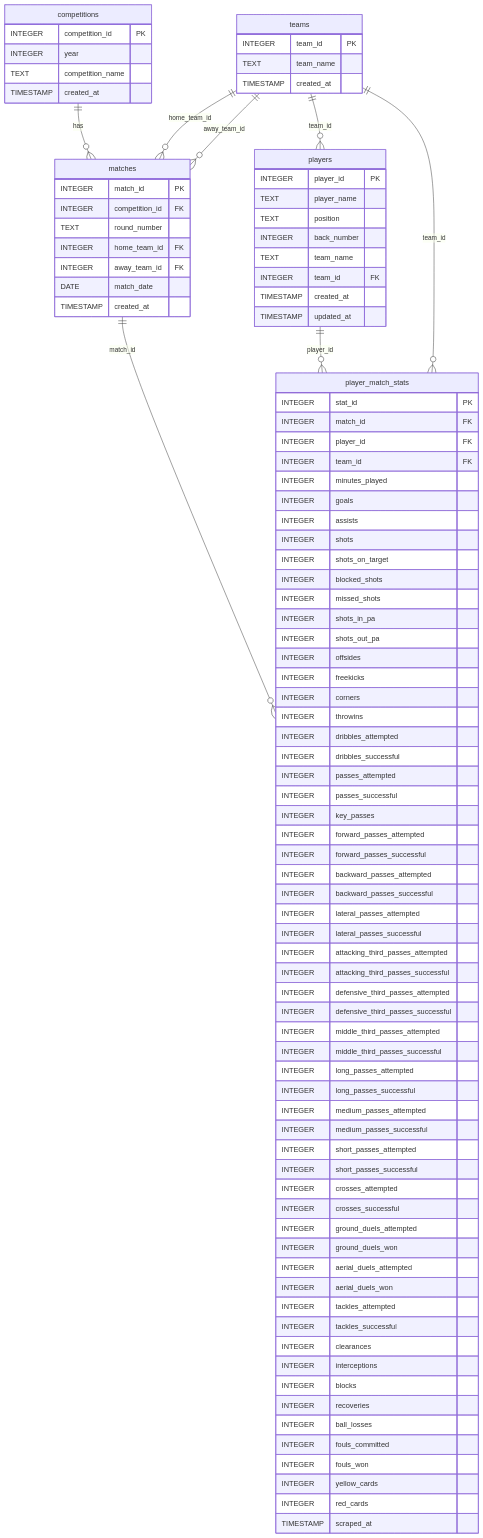
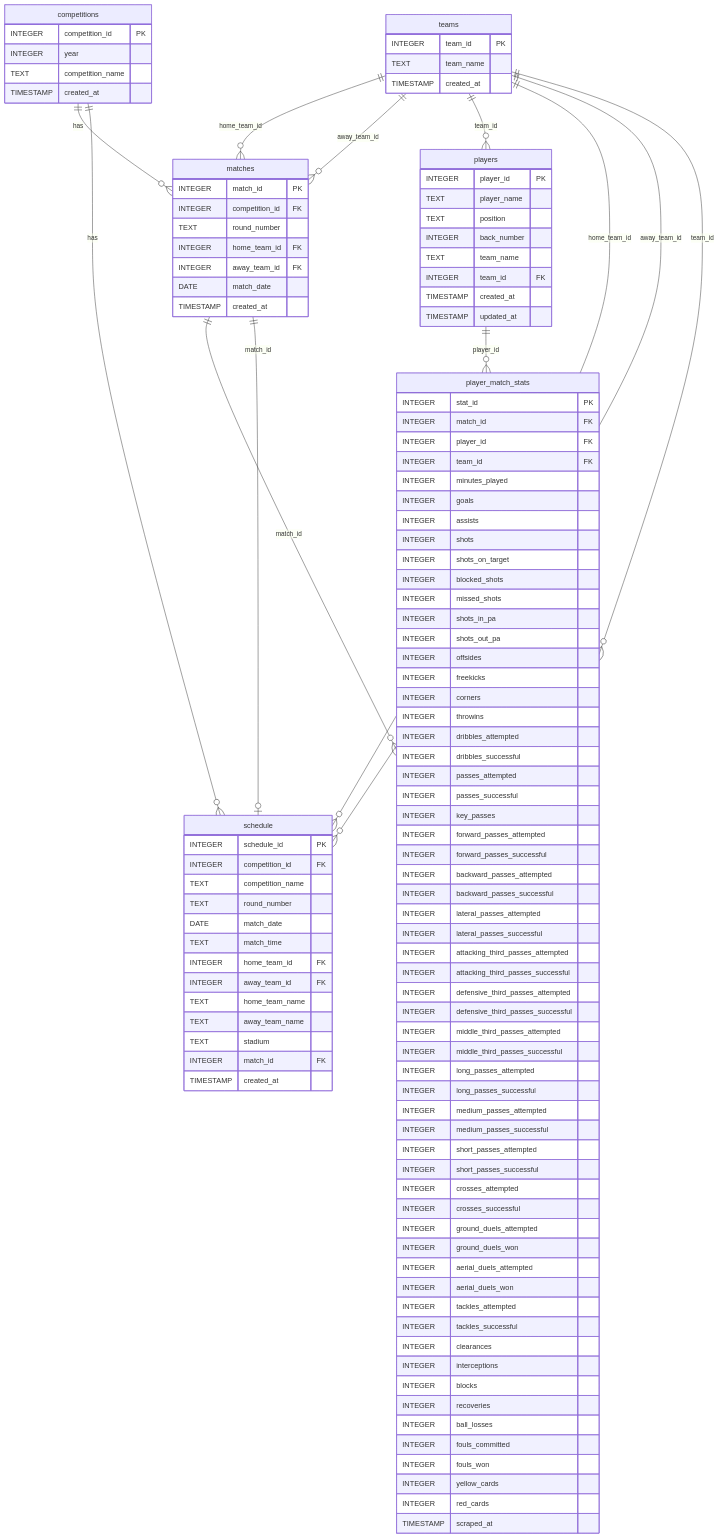
One commit to gyu-yeong/B_SOCCER_DATALAB changed the diagram in docs/schema.md. Above: the diagram before and after it, drawn with Mermaid. The commit also changed other lines of this file and 1 other file, not shown here.

Commit message:
docs: update CHANGELOG and schema for 2026 schedule table and comparison app

````diff
--- a/docs/schema.md
+++ b/docs/schema.md
@@ -99,11 +99,31 @@
         TIMESTAMP scraped_at
     }
 
+    schedule {
+        INTEGER schedule_id PK
+        INTEGER competition_id FK
+        TEXT    competition_name
+        TEXT    round_number
+        DATE    match_date
+        TEXT    match_time
+        INTEGER home_team_id FK
+        INTEGER away_team_id FK
+        TEXT    home_team_name
+        TEXT    away_team_name
+        TEXT    stadium
+        INTEGER match_id FK
+        TIMESTAMP created_at
+    }
+
     competitions ||--o{ matches : "has"
+    competitions ||--o{ schedule : "has"
     teams ||--o{ matches : "home_team_id"
     teams ||--o{ matches : "away_team_id"
     teams ||--o{ players : "team_id"
+    teams ||--o{ schedule : "home_team_id"
+    teams ||--o{ schedule : "away_team_id"
     matches ||--o{ player_match_stats : "match_id"
+    matches ||--o| schedule : "match_id"
     players ||--o{ player_match_stats : "player_id"
     teams ||--o{ player_match_stats : "team_id"
 ```
````
